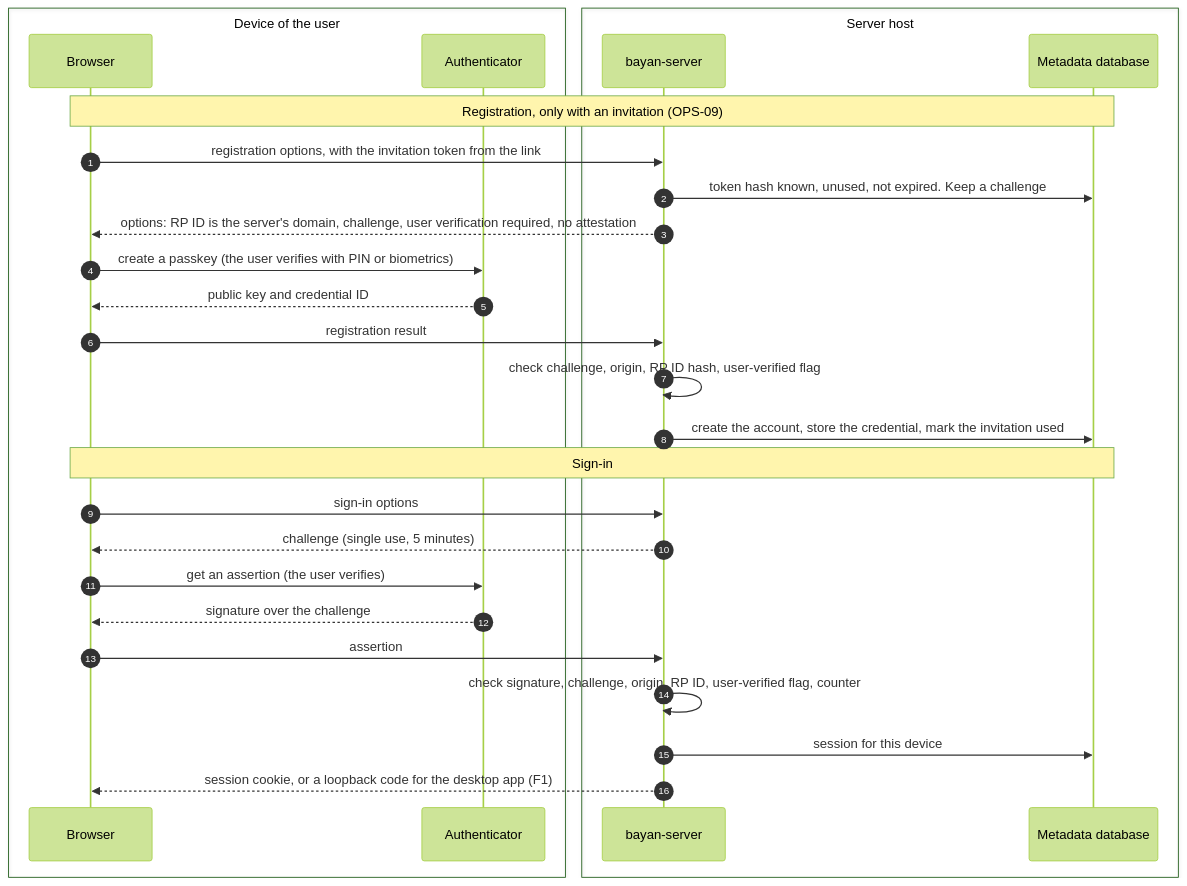
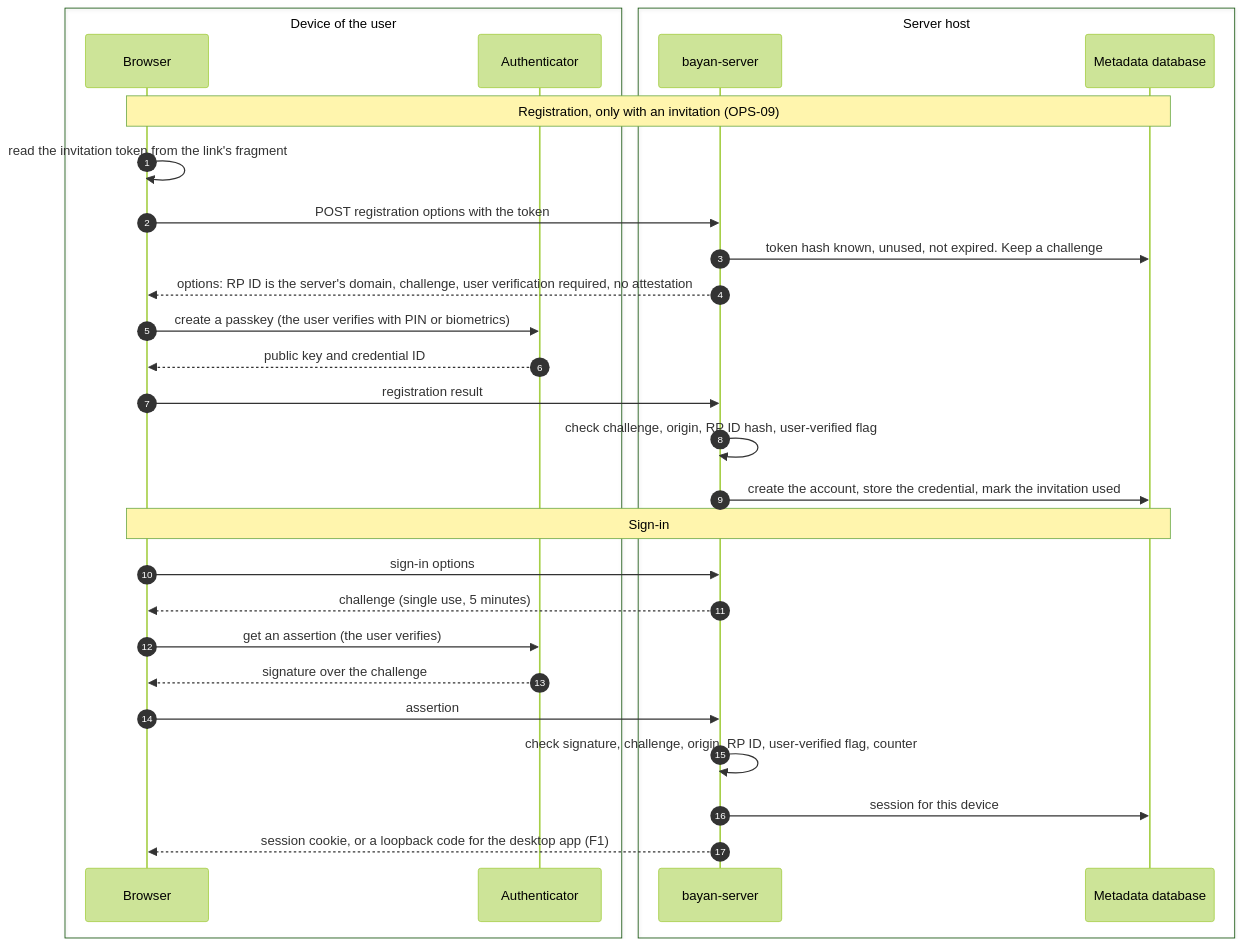
Before and after one commit to BayanDocs/docs: the fifth of 21 diagrams in specs/threat-model.md, drawn with Mermaid (forest theme). The commit also changed other lines of this file and 1 other file, not shown here.

````diff
--- a/specs/threat-model.md
+++ b/specs/threat-model.md
@@ -366,30 +426,31 @@
 ```mermaid
 sequenceDiagram
   autonumber
   box Device of the user
     participant Br as Browser
     participant A as Authenticator
   end
   box Server host
     participant S as bayan-server
     participant DB as Metadata database
   end
   Note over Br,DB: Registration, only with an invitation (OPS-09)
-  Br->>S: registration options, with the invitation token from the link
+  Br->>Br: read the invitation token from the link's fragment
+  Br->>S: POST registration options with the token
   S->>DB: token hash known, unused, not expired. Keep a challenge
   S-->>Br: options: RP ID is the server's domain, challenge, user verification required, no attestation
   Br->>A: create a passkey (the user verifies with PIN or biometrics)
   A-->>Br: public key and credential ID
   Br->>S: registration result
   S->>S: check challenge, origin, RP ID hash, user-verified flag
   S->>DB: create the account, store the credential, mark the invitation used
   Note over Br,DB: Sign-in
   Br->>S: sign-in options
   S-->>Br: challenge (single use, 5 minutes)
   Br->>A: get an assertion (the user verifies)
   A-->>Br: signature over the challenge
   Br->>S: assertion
   S->>S: check signature, challenge, origin, RP ID, user-verified flag, counter
   S->>DB: session for this device
   S-->>Br: session cookie, or a loopback code for the desktop app (F1)
 ```
````
